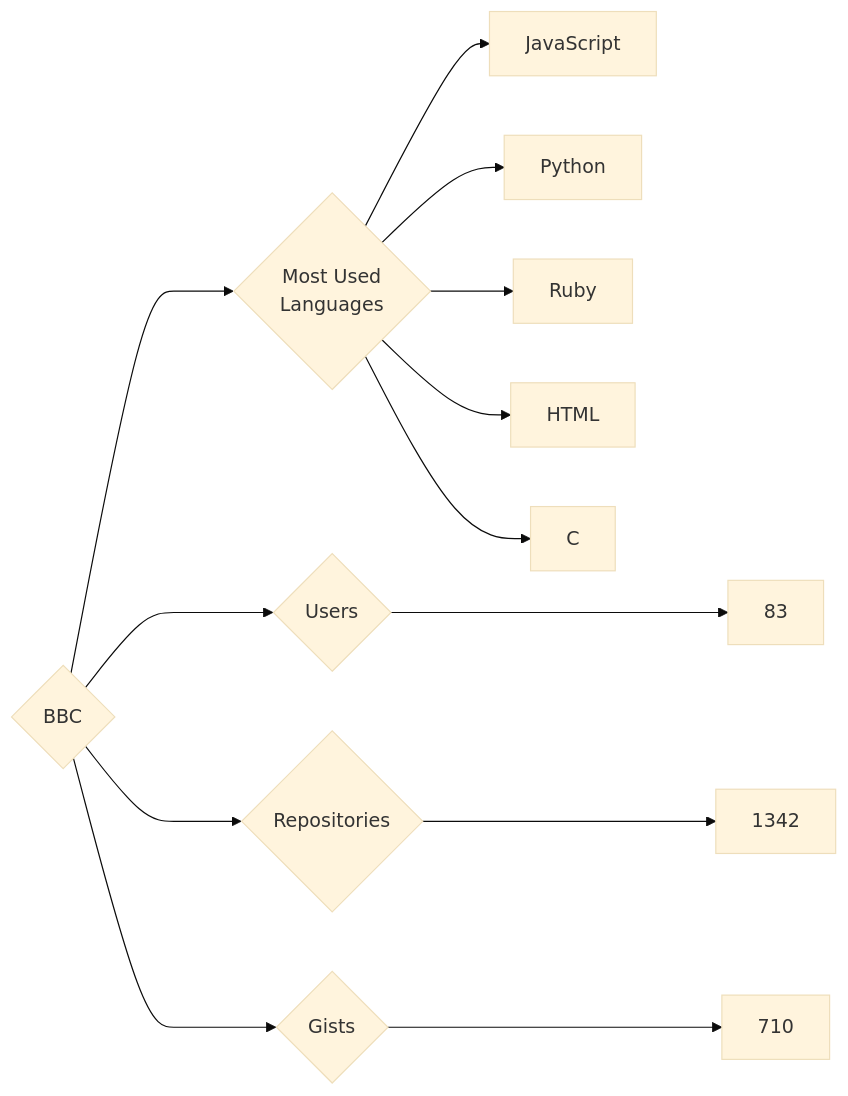
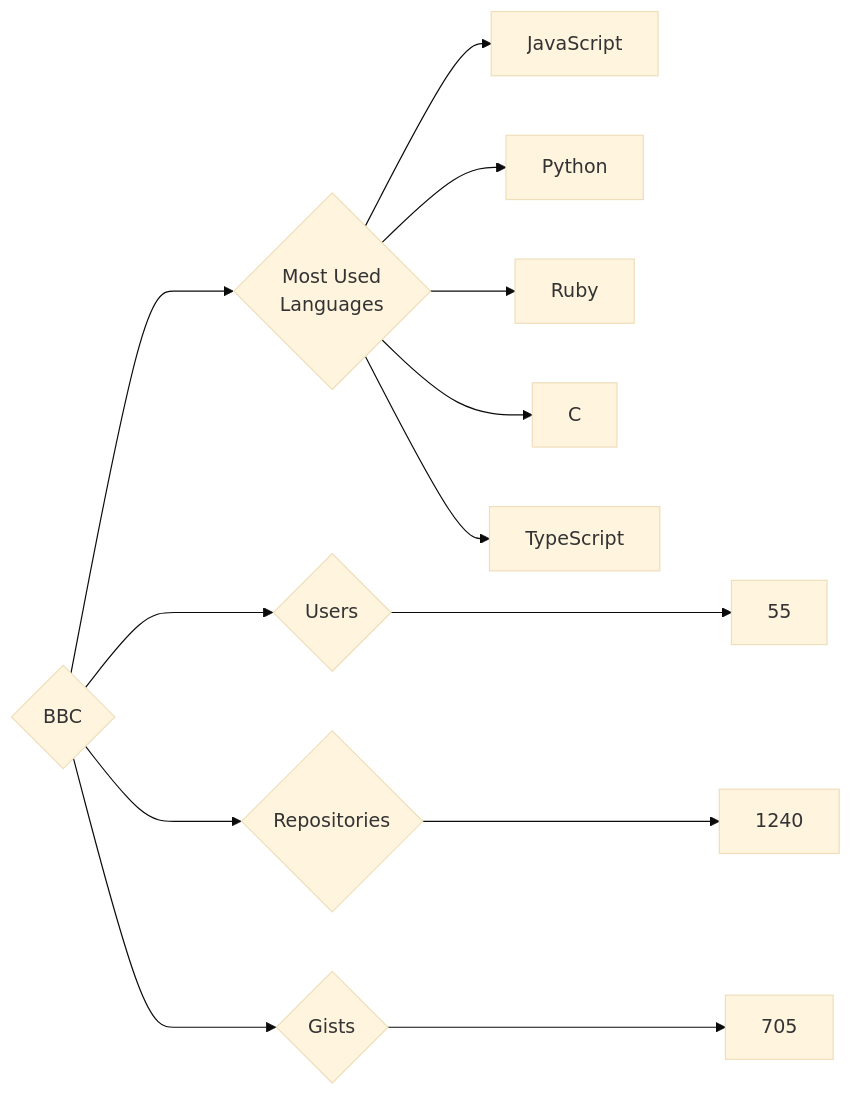
One commit to trickest/insiders changed the diagram in targets/BBC/README.md. Above: the diagram before and after it, drawn with Mermaid (base theme). The commit also changed 823 other files, not shown here.

````diff
--- a/targets/BBC/README.md
+++ b/targets/BBC/README.md
@@ -3,13 +3,13 @@
 ```mermaid
 graph LR
 COMPANY_NAME{BBC}
-COMPANY_NAME ---> U{Users} ---> UN[83]
-COMPANY_NAME ---> R{Repositories} ---> RN[1342]
-COMPANY_NAME ---> G{Gists} ---> GN[710]
+COMPANY_NAME ---> U{Users} ---> UN[55]
+COMPANY_NAME ---> R{Repositories} ---> RN[1240]
+COMPANY_NAME ---> G{Gists} ---> GN[705]
 COMPANY_NAME ---> ML{Most Used<br>Languages}
 ML --> JavaScript[JavaScript]
 ML --> Python[Python]
 ML --> Ruby[Ruby]
-ML --> HTML[HTML]
 ML --> C[C]
+ML --> TypeScript[TypeScript]
 ```
````
